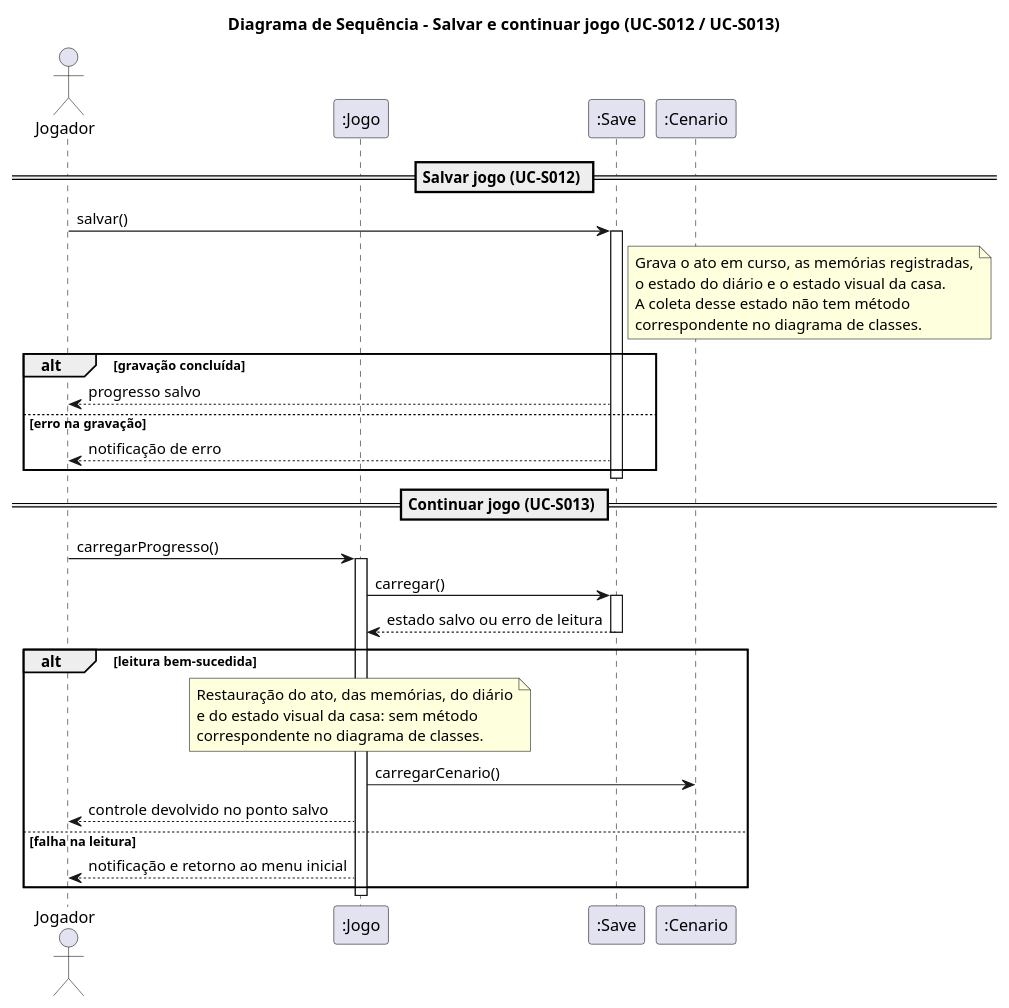
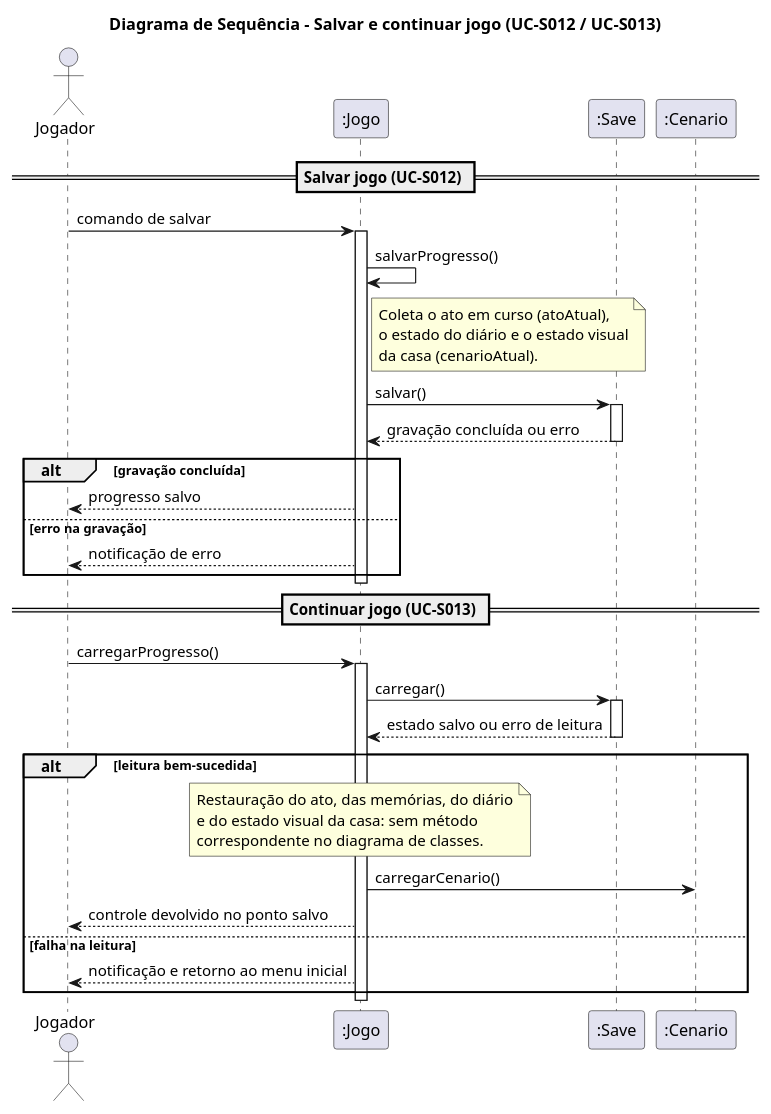
One commit to omatheusfaria/Ani changed the diagram in docs/diagramas/sequencia-salvar-continuar.puml. Above: the diagram before and after it, drawn with PlantUML. The commit also changed 4 other files, not shown here.

Commit message:
Acrescenta Jogo.salvarProgresso(), que coleta o estado e chama Save.salvar() (item 60, decisão 3)

```diff
--- a/docs/diagramas/sequencia-salvar-continuar.puml
+++ b/docs/diagramas/sequencia-salvar-continuar.puml
@@ -1,44 +1,48 @@
 @startuml sequencia-salvar-continuar
 title Diagrama de Sequência – Salvar e continuar jogo (UC-S012 / UC-S013)
 
 actor Jogador
 participant ":Jogo" as Jogo
 participant ":Save" as Save
 participant ":Cenario" as Cen
 
 == Salvar jogo (UC-S012) ==
-Jogador -> Save : salvar()
+Jogador -> Jogo : comando de salvar
+activate Jogo
+Jogo -> Jogo : salvarProgresso()
+note right of Jogo
+  Coleta o ato em curso (atoAtual),
+  o estado do diário e o estado visual
+  da casa (cenarioAtual).
+end note
+Jogo -> Save : salvar()
 activate Save
-note right of Save
-  Grava o ato em curso, as memórias registradas,
-  o estado do diário e o estado visual da casa.
-  A coleta desse estado não tem método
-  correspondente no diagrama de classes.
-end note
+Save --> Jogo : gravação concluída ou erro
+deactivate Save
 alt gravação concluída
-  Save --> Jogador : progresso salvo
+  Jogo --> Jogador : progresso salvo
 else erro na gravação
-  Save --> Jogador : notificação de erro
+  Jogo --> Jogador : notificação de erro
 end
-deactivate Save
+deactivate Jogo
 
 == Continuar jogo (UC-S013) ==
 Jogador -> Jogo : carregarProgresso()
 activate Jogo
 Jogo -> Save : carregar()
 activate Save
 Save --> Jogo : estado salvo ou erro de leitura
 deactivate Save
 alt leitura bem-sucedida
   note over Jogo
     Restauração do ato, das memórias, do diário
     e do estado visual da casa: sem método
     correspondente no diagrama de classes.
   end note
   Jogo -> Cen : carregarCenario()
   Jogo --> Jogador : controle devolvido no ponto salvo
 else falha na leitura
   Jogo --> Jogador : notificação e retorno ao menu inicial
 end
 deactivate Jogo
 @enduml
```
